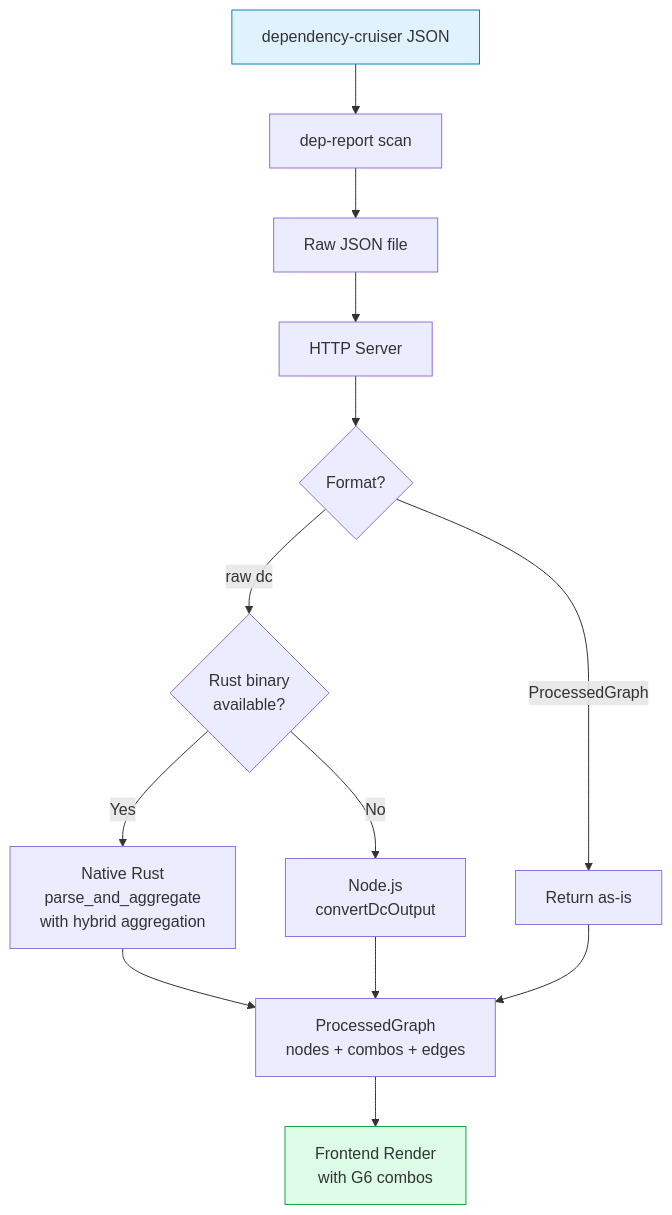
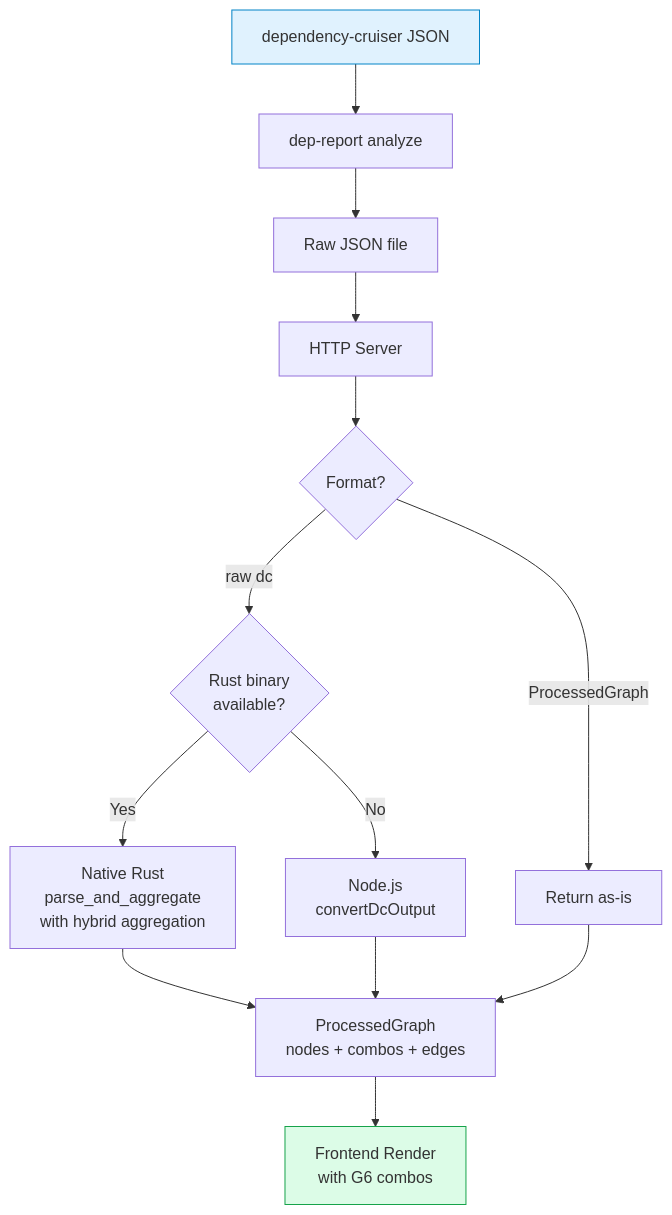
Before and after one commit to fisher-89/dependency-cruiser-reporter: the first of 5 diagrams in docs/architecture/data-flow.md, drawn with Mermaid. The commit also changed other lines of this file and 14 other files, not shown here.

First line of the commit message:
refactor(cli): rename scan command to analyze

````diff
--- a/docs/architecture/data-flow.md
+++ b/docs/architecture/data-flow.md
@@ -5,18 +5,18 @@
 ```mermaid
 flowchart TB
-    Input[dependency-cruiser JSON] --> Scan[dep-report scan]
+    Input[dependency-cruiser JSON] --> Scan[dep-report analyze]
     Scan --> RawFile[Raw JSON file]
     RawFile --> Server[HTTP Server]
     Server --> Detect{Format?}
     Detect -->|raw dc| Rust{Rust binary\navailable?}
     Rust -->|Yes| Native[Native Rust\nparse_and_aggregate\nwith hybrid aggregation]
     Rust -->|No| Node[Node.js\nconvertDcOutput]
     Detect -->|ProcessedGraph| Direct[Return as-is]
     Native --> Output[ProcessedGraph\nnodes + combos + edges]
     Node --> Output
     Direct --> Output
     Output --> Render[Frontend Render\nwith G6 combos]
 
     style Input fill:#e0f2fe,stroke:#0284c7
     style Render fill:#dcfce7,stroke:#16a34a
 ```
````
